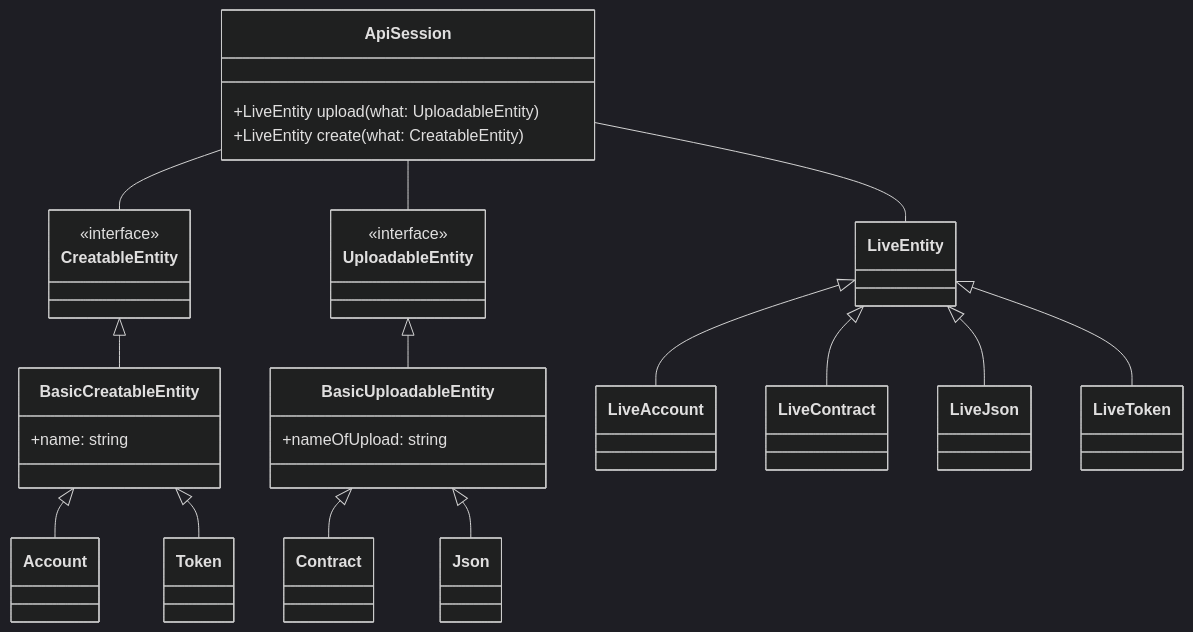
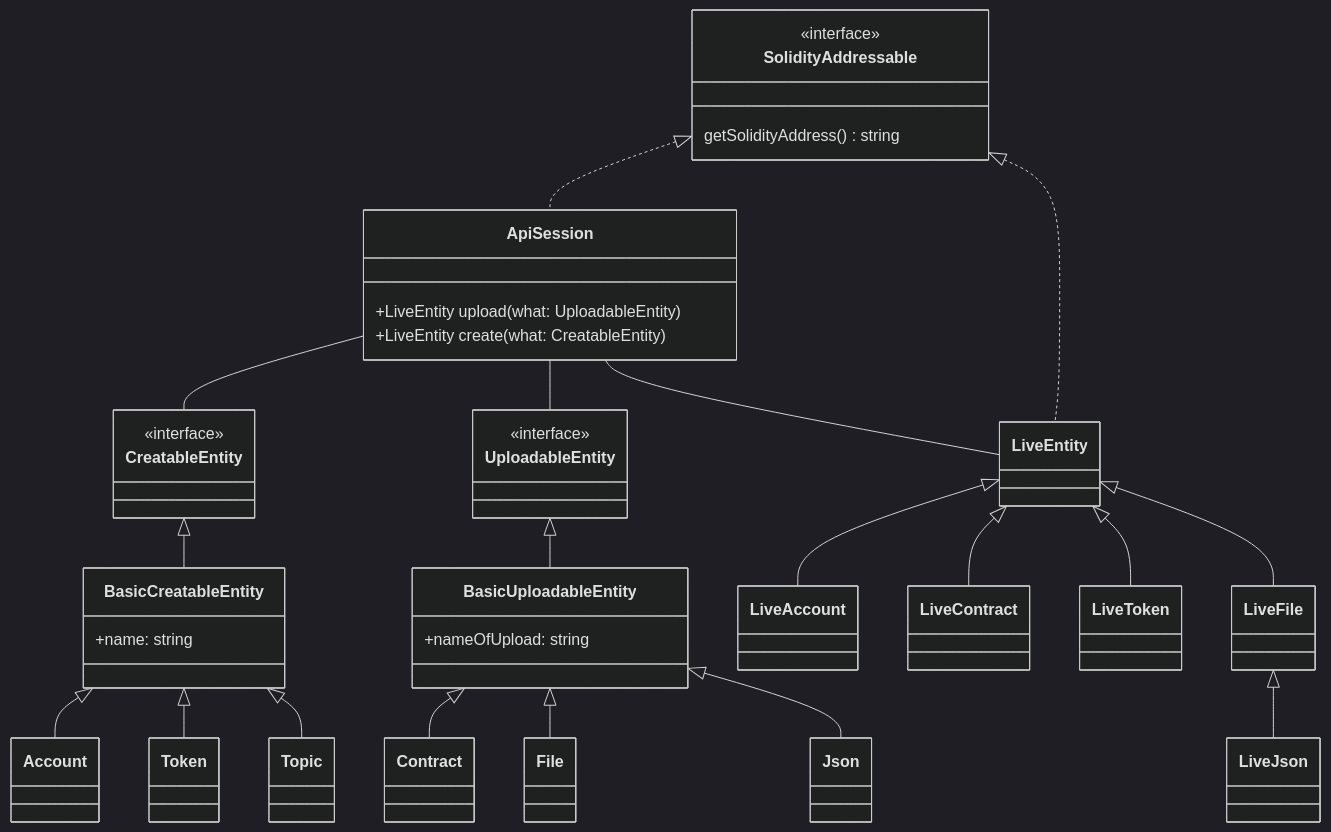
The diagram in lib.docs/markdown/quick-start.md (buidler-labs/hashgraph-venin-js), drawn with Mermaid (dark theme) before and after one commit. The commit also changed other lines of this file and 24 other files, not shown here.

````diff
--- a/lib.docs/markdown/quick-start.md
+++ b/lib.docs/markdown/quick-start.md
@@ -84,43 +97,53 @@
 ```mermaid
 classDiagram
   class Account
   class ApiSession {
     +LiveEntity<T> upload(what: UploadableEntity<T>)
     +LiveEntity<T> create(what: CreatableEntity<T>)
   }
   class BasicCreatableEntity {
     +name: string
   }
   class BasicUploadableEntity {
     +nameOfUpload: string
   }
   class Contract
   class CreatableEntity {
     <<interface>>
   }
+  class File
   class Json
   class LiveAccount
   class LiveContract
   class LiveEntity
   class LiveJson
   class LiveToken
   class UploadableEntity {
     <<interface>>
   }
+  class SolidityAddressable {
+    <<interface>>
+    getSolidityAddress() string
+  }
+  class Token
+  class Topic
 
-  class Token
-
+  SolidityAddressable <|.. ApiSession
   ApiSession -- CreatableEntity
   ApiSession -- UploadableEntity
   ApiSession -- LiveEntity
   CreatableEntity <|-- BasicCreatableEntity
   BasicCreatableEntity <|-- Account
   BasicCreatableEntity <|-- Token
+  BasicCreatableEntity <|-- Topic
+  SolidityAddressable <|.. LiveEntity
   LiveEntity <|-- LiveAccount
   LiveEntity <|-- LiveContract
-  LiveEntity <|-- LiveJson
+  LiveEntity <|-- LiveFile
+  LiveFile <|-- LiveJson
   LiveEntity <|-- LiveToken
   UploadableEntity <|-- BasicUploadableEntity
   BasicUploadableEntity <|-- Contract
+  BasicUploadableEntity <|-- File
   BasicUploadableEntity <|-- Json
 ```
````
